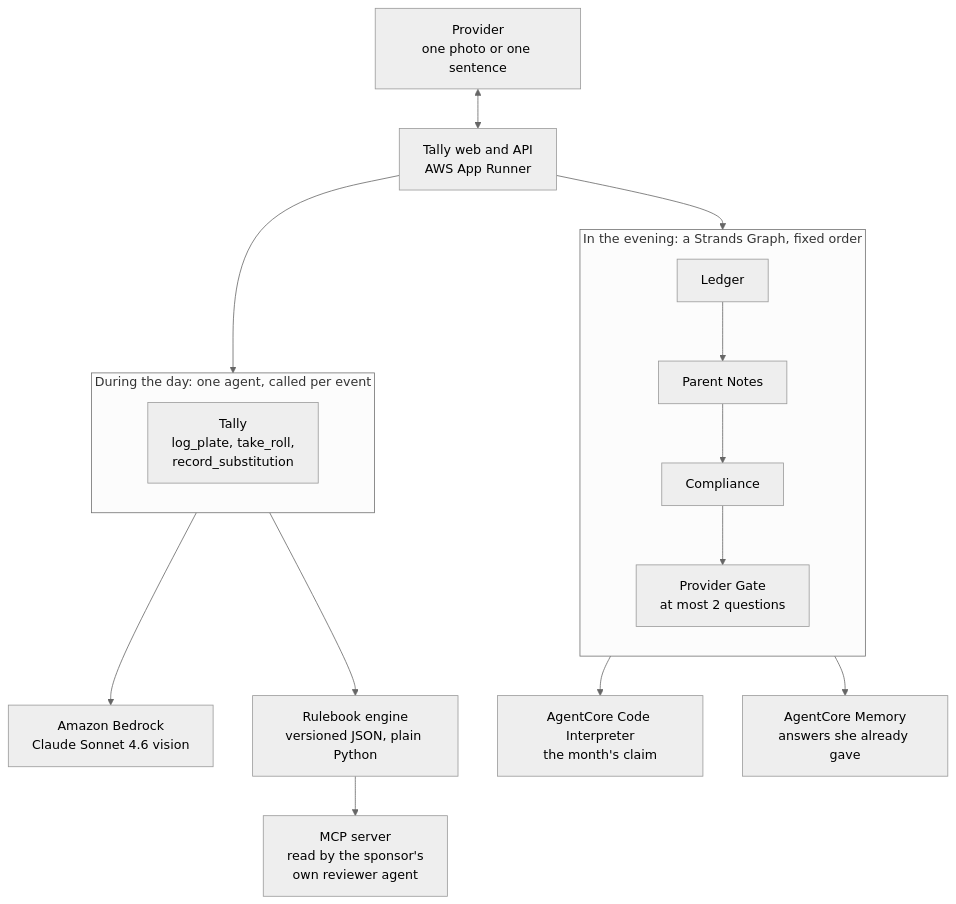
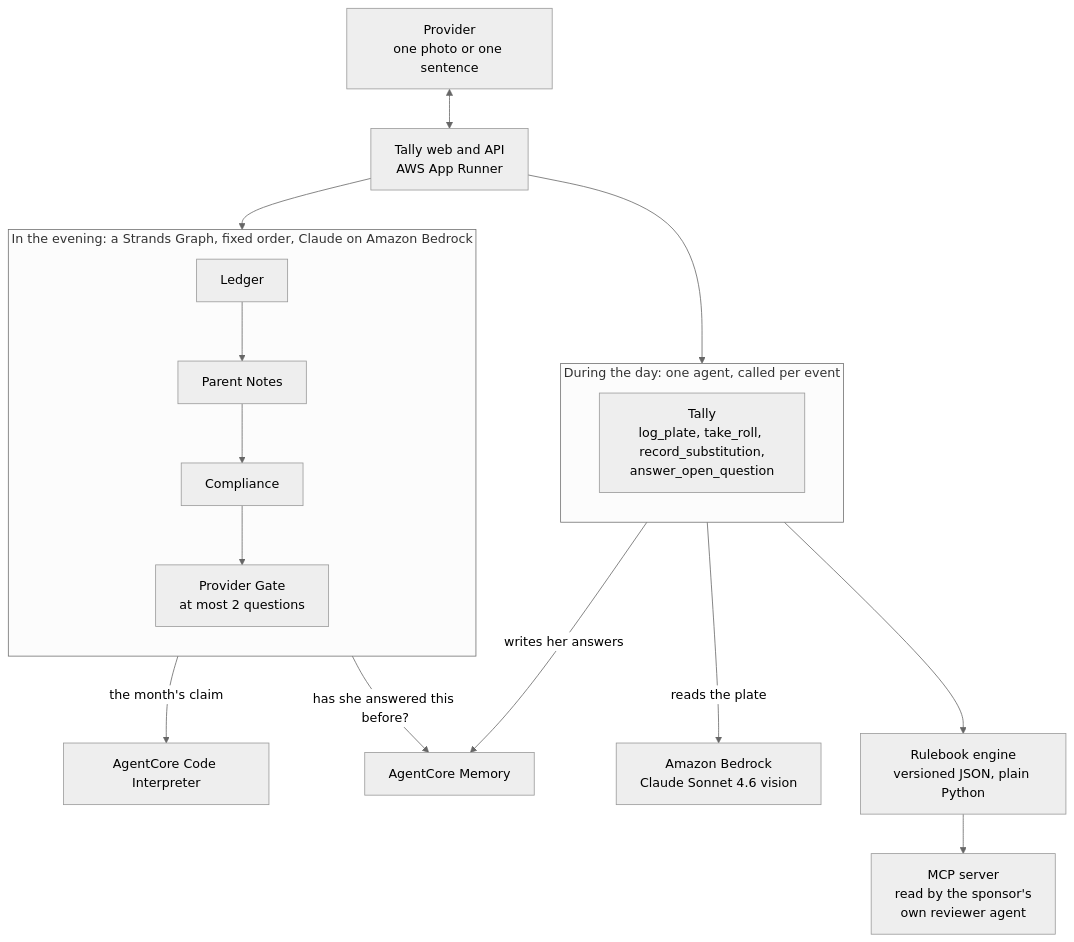
Before and after one commit to usv240/tally: the diagram in README.md, drawn with Mermaid.

First paragraph of the commit message:
Correct the architecture diagram against the actual call sites
Checked every edge against the code rather than against memory of the code, and
three of them were wrong.

````diff
--- a/README.md
+++ b/README.md
@@ -65,25 +65,27 @@
 ```mermaid
 %%{init: {'theme': 'neutral'}}%%
 flowchart TB
   PROV["Provider<br/>one photo or one sentence"] <--> API
-  API["Tally web and API<br/>AWS App Runner"] --> DAYAGENT
+  API["Tally web and API<br/>AWS App Runner"]
+  API --> DAYAGENT
   API --> LEDGER
 
   subgraph DAY["During the day: one agent, called per event"]
     direction TB
-    DAYAGENT["Tally<br/>log_plate, take_roll,<br/>record_substitution"]
+    DAYAGENT["Tally<br/>log_plate, take_roll, record_substitution,<br/>answer_open_question"]
   end
 
-  subgraph EVENING["In the evening: a Strands Graph, fixed order"]
+  subgraph EVENING["In the evening: a Strands Graph, fixed order, Claude on Amazon Bedrock"]
     direction TB
     LEDGER["Ledger"] --> NOTES["Parent Notes"]
     NOTES --> COMPLY["Compliance"]
     COMPLY --> GATE["Provider Gate<br/>at most 2 questions"]
   end
 
-  DAYAGENT --> VISION["Amazon Bedrock<br/>Claude Sonnet 4.6 vision"]
+  LEDGER -->|"the month's claim"| CODE["AgentCore Code Interpreter"]
+  COMPLY -->|"has she answered this before?"| MEM["AgentCore Memory"]
+  DAYAGENT -->|"writes her answers"| MEM
+  DAYAGENT -->|"reads the plate"| VISION["Amazon Bedrock<br/>Claude Sonnet 4.6 vision"]
   DAYAGENT --> RULES["Rulebook engine<br/>versioned JSON, plain Python"]
-  LEDGER --> CODE["AgentCore Code Interpreter<br/>the month's claim"]
-  GATE --> MEM["AgentCore Memory<br/>answers she already gave"]
   RULES --> MCP["MCP server<br/>read by the sponsor's<br/>own reviewer agent"]
 ```
````
